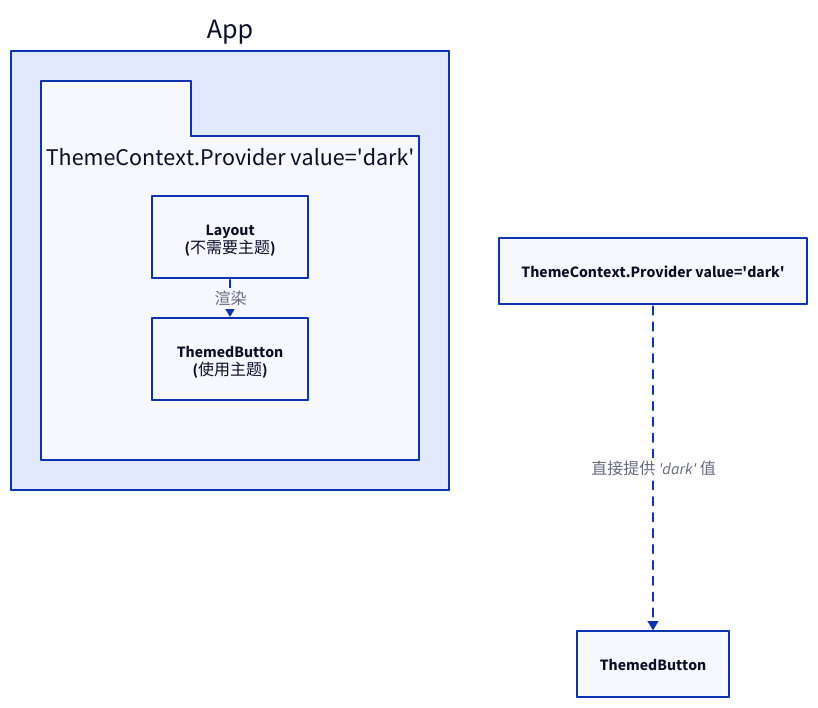
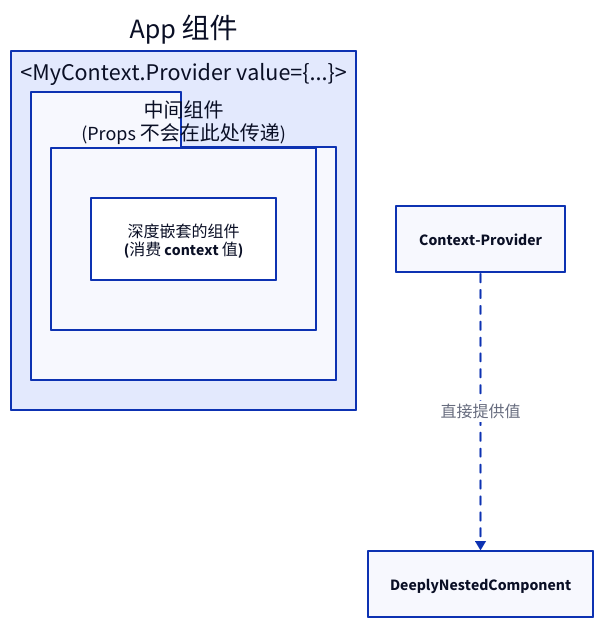
One commit to lban2049/react changed the diagram in packages/react/.aigne/doc-smith/docs/core-apis-context.zh.md. Above: the diagram before and after it, drawn with D2. The commit also changed other lines of this file and 46 other files, not shown here.

````diff
--- a/packages/react/.aigne/doc-smith/docs/core-apis-context.zh.md
+++ b/packages/react/.aigne/doc-smith/docs/core-apis-context.zh.md
@@ -17,28 +11,27 @@
 ```d2
 direction: down
 
-"App": {
+App: {
   shape: rectangle
+  label: "App 组件"
 
-  "ThemeContext.Provider value='dark'": {
+  Context-Provider: {
+    label: "<MyContext.Provider value={...}>"
     shape: package
-    grid-columns: 1
 
-    "Layout": {
+    IntermediateComponent: {
       shape: rectangle
-      label: "Layout\n(不需要主题)"
+      label: "中间组件\n(Props 不会在此处传递)"
+
+      DeeplyNestedComponent: {
+        shape: rectangle
+        label: "深度嵌套的组件\n(消费 context 值)"
+      }
     }
-
-    "ThemedButton": {
-      shape: rectangle
-      label: "ThemedButton\n(使用主题)"
-    }
-
-    "Layout" -> "ThemedButton": "渲染"
   }
 }
 
-"ThemeContext.Provider value='dark'" -> "ThemedButton": "直接提供 'dark' 值" {
+Context-Provider -> DeeplyNestedComponent: "直接提供值" {
   style.stroke-dash: 4
 }
 ```
````
